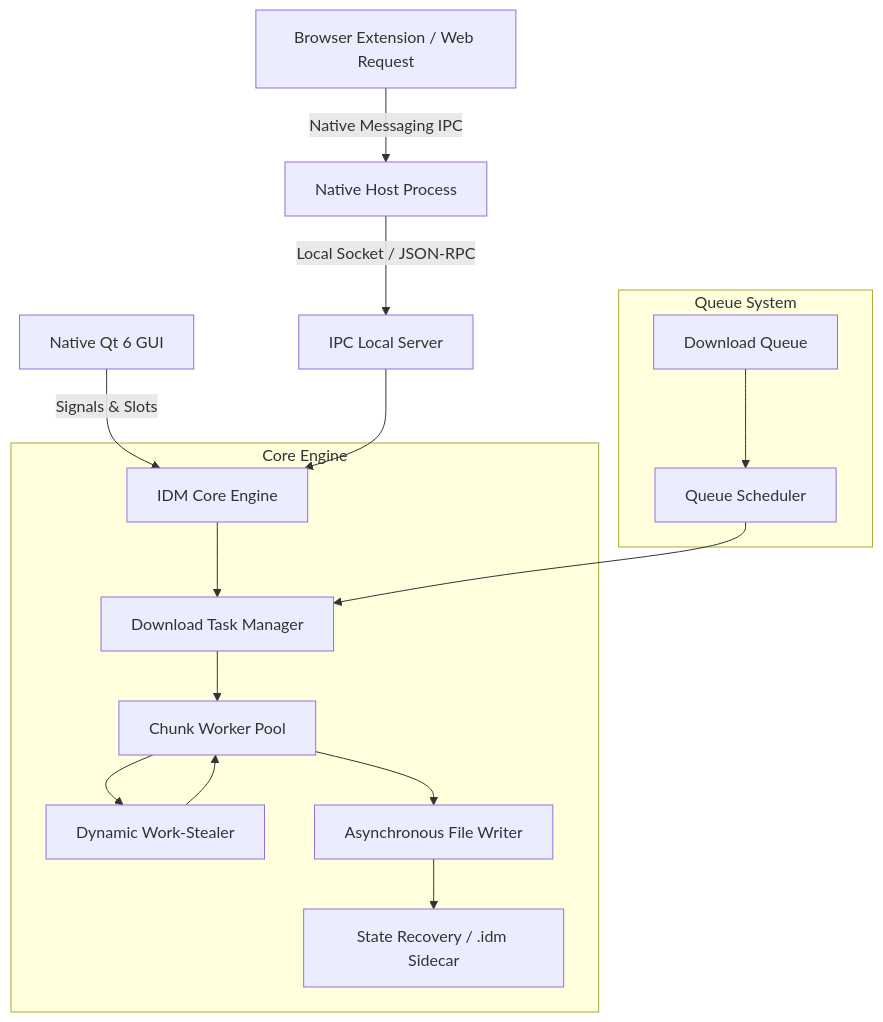
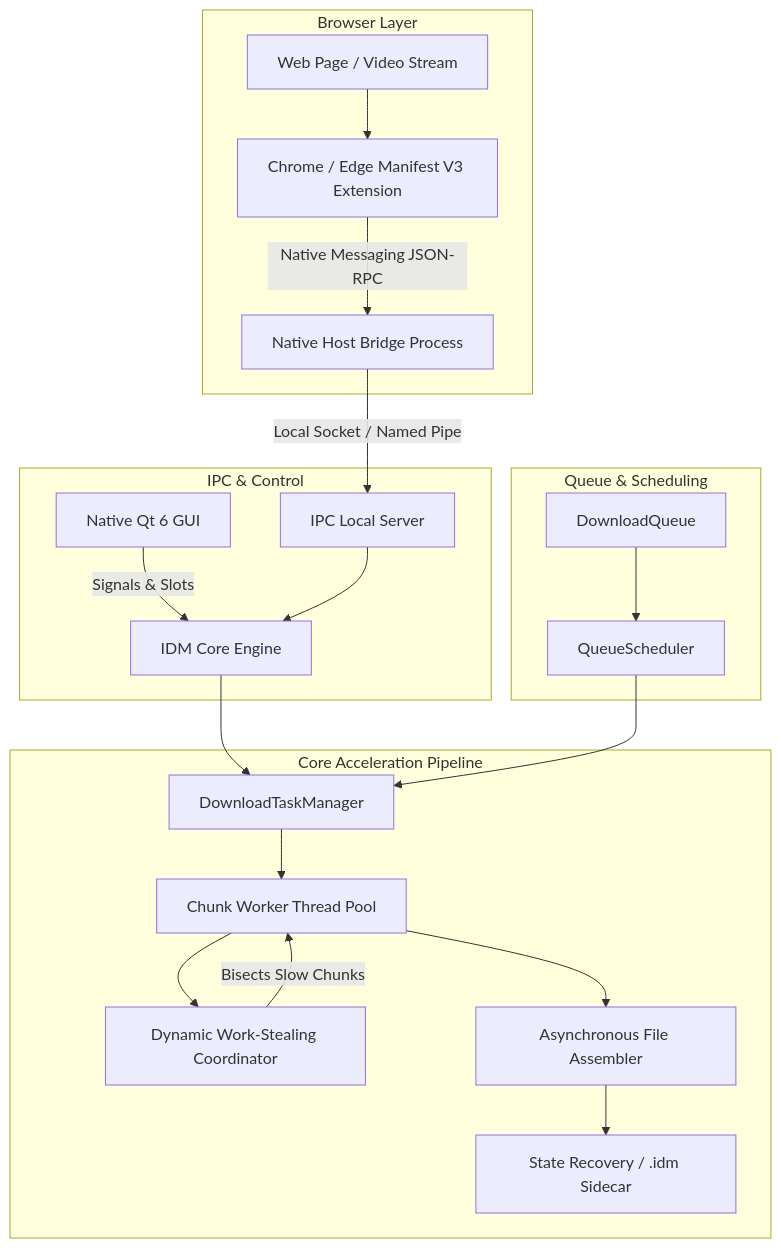
One commit to Someshwar-Sahu/idm changed the diagram in README.md. Above: the diagram before and after it, drawn with Mermaid. The commit also changed other lines of this file and 1 other file, not shown here.

Commit message:
docs: complete academic README and MIT license with college project scope and extension setup

````diff
--- a/README.md
+++ b/README.md
@@ -74,21 +127,27 @@
 ```mermaid
 graph TD
-    Browser[Browser Extension / Web Request] -->|Native Messaging IPC| Host[Native Host Process]
-    Host -->|Local Socket / JSON-RPC| Server[IPC Local Server]
-    UI[Native Qt 6 GUI] -->|Signals & Slots| Engine[IDM Core Engine]
-    Server --> Engine
-    
-    subgraph Core Engine
-        Engine --> Task[Download Task Manager]
-        Task --> Chunks[Chunk Worker Pool]
-        Chunks --> Stealer[Dynamic Work-Stealer]
-        Stealer --> Chunks
-        Chunks --> Writer[Asynchronous File Writer]
+    subgraph Browser Layer
+        Web[Web Page / Video Stream] --> Ext[Chrome / Edge Manifest V3 Extension]
+        Ext -->|Native Messaging JSON-RPC| Bridge[Native Host Bridge Process]
+    end
+
+    subgraph IPC & Control
+        Bridge -->|Local Socket / Named Pipe| Server[IPC Local Server]
+        UI[Native Qt 6 GUI] -->|Signals & Slots| Engine[IDM Core Engine]
+        Server --> Engine
+    end
+
+    subgraph Core Acceleration Pipeline
+        Engine --> Task[DownloadTaskManager]
+        Task --> Chunks[Chunk Worker Thread Pool]
+        Chunks --> Stealer[Dynamic Work-Stealing Coordinator]
+        Stealer -->|Bisects Slow Chunks| Chunks
+        Chunks --> Writer[Asynchronous File Assembler]
         Writer --> Sidecar[State Recovery / .idm Sidecar]
     end
-    
-    subgraph Queue System
-        Queue[Download Queue] --> Scheduler[Queue Scheduler]
+
+    subgraph Queue & Scheduling
+        Queue[DownloadQueue] --> Scheduler[QueueScheduler]
         Scheduler --> Task
     end
 ```
````
